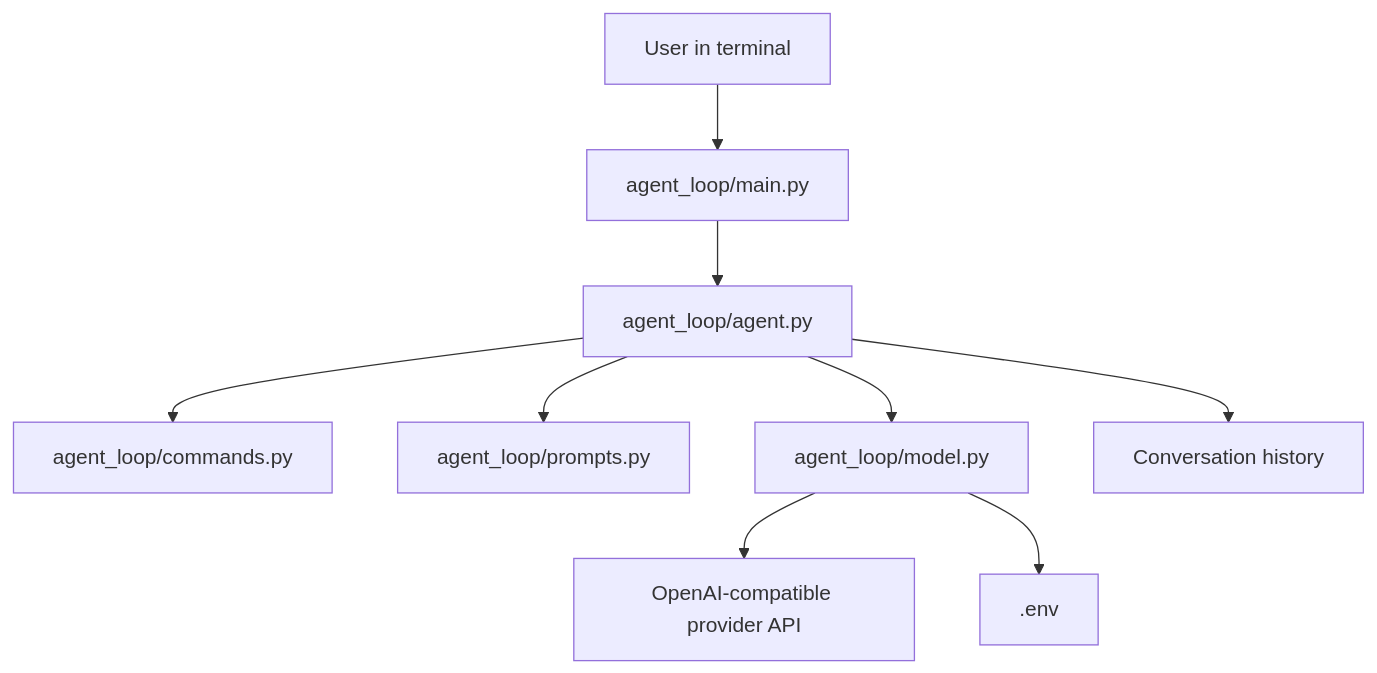
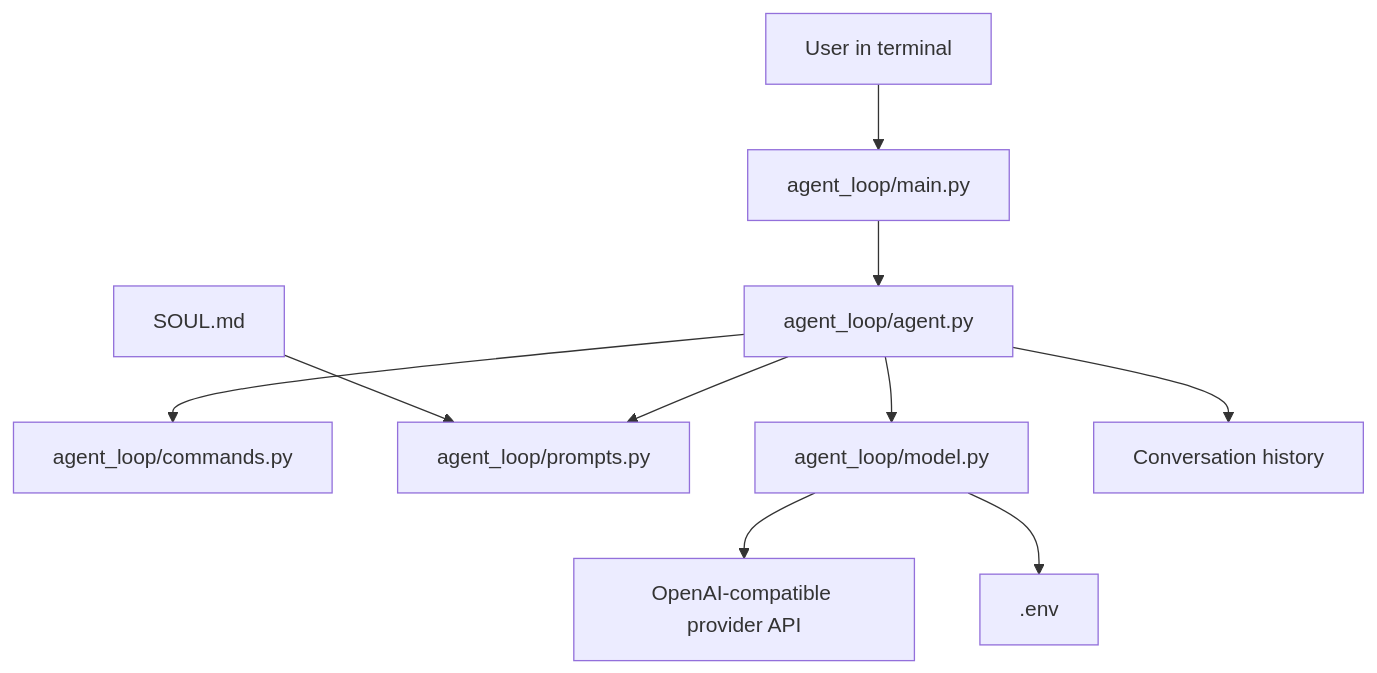
The first of 2 diagrams in ARCHITECTURE.md (dosment/Secan), drawn with Mermaid before and after one commit. The commit also changed other lines of this file and 2 other files, not shown here.

Commit message:
Integrate SOUL.md

````diff
--- a/ARCHITECTURE.md
+++ b/ARCHITECTURE.md
@@ -5,11 +5,12 @@
 ```mermaid
 flowchart TD
     User[User in terminal] --> Main[agent_loop/main.py]
     Main --> Agent[agent_loop/agent.py]
     Agent --> Commands[agent_loop/commands.py]
     Agent --> Prompts[agent_loop/prompts.py]
+    Soul[SOUL.md] --> Prompts
     Agent --> Model[agent_loop/model.py]
     Model --> Provider[OpenAI-compatible provider API]
     Model --> Env[.env]
     Agent --> History[Conversation history]
 ```
````
